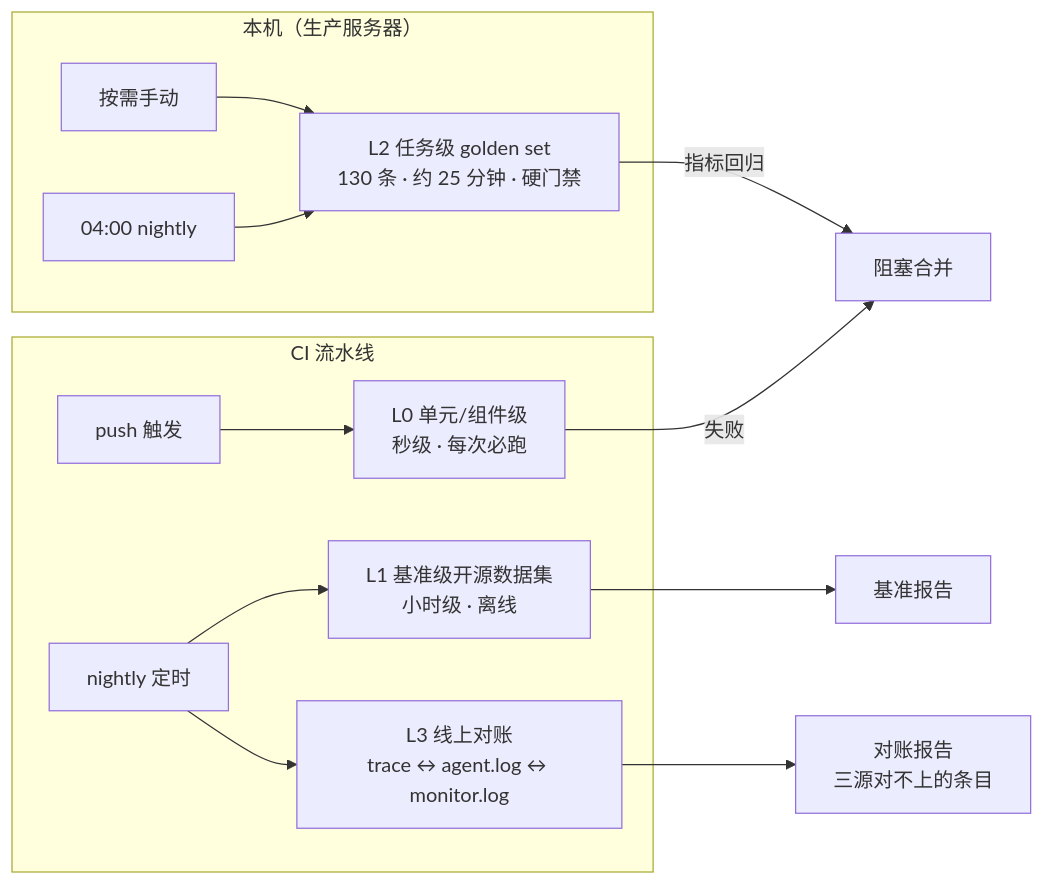
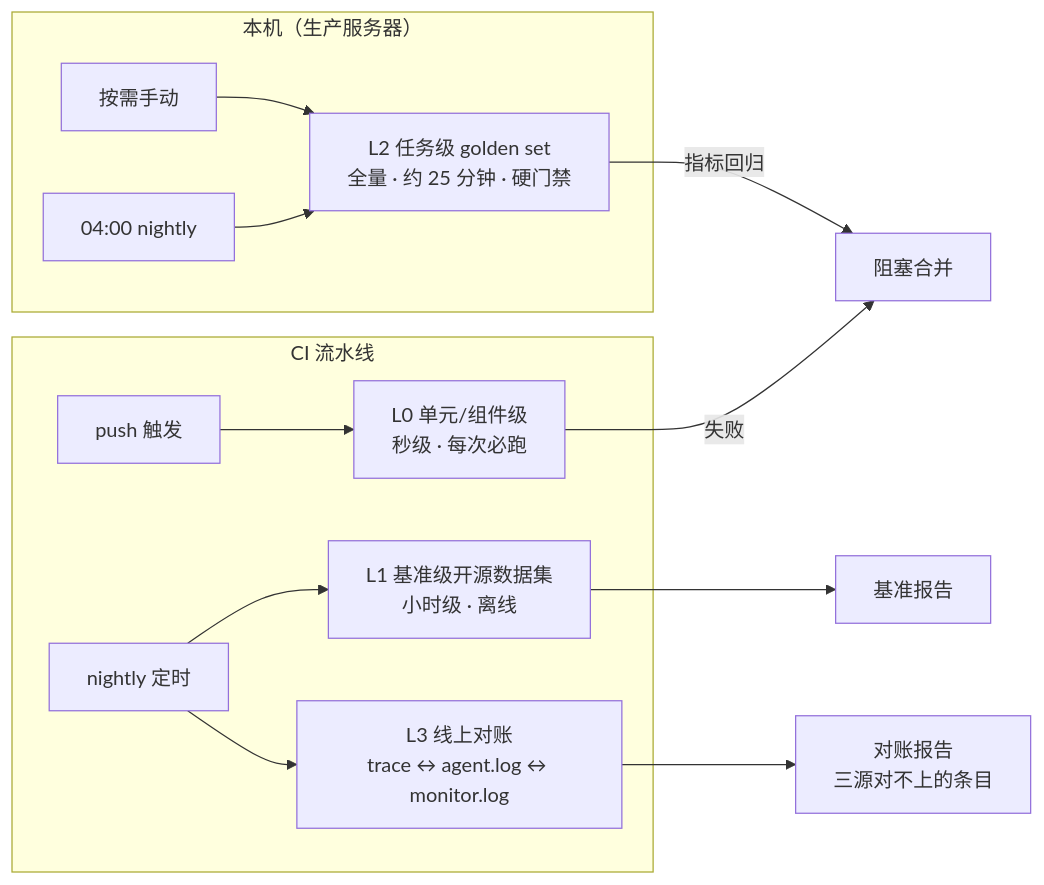
One commit to BigLeopardCat/saudade-blog-agent changed the first of 2 diagrams in docs/eval-observability.md. Above: the diagram before and after it, drawn with Mermaid. The commit also changed other lines of this file and 1 other file, not shown here.

Commit message:
docs 里的规模数改成不写死、以清单为准
- agent-architecture.md 目录树的行数（graph.py 9729 行等）与前端子模块行数全部删数
- eval-observability.md 的 L0 套件数、L2 用例数改成「以 tests/run_all.py 清单为准」
- 手抄的规模数抄一次漂一次，留数就得配判据，这两个地方不值得各配一条
- 目录树里 basic.jsonl 的条数是例外：它是契约数，留下并另配判据（见后一笔）

````diff
--- a/docs/eval-observability.md
+++ b/docs/eval-observability.md
@@ -230,16 +230,16 @@
 ```mermaid
 flowchart LR
     subgraph CI[CI 流水线]
         P0[push 触发] --> L0[L0 单元/组件级<br/>秒级 · 每次必跑]
         N[nightly 定时] --> L1[L1 基准级开源数据集<br/>小时级 · 离线]
         N --> L3[L3 线上对账<br/>trace ↔ agent.log ↔ monitor.log]
     end
     subgraph LOCAL[本机（生产服务器）]
-        P1[按需手动] --> L2[L2 任务级 golden set<br/>130 条 · 约 25 分钟 · 硬门禁]
+        P1[按需手动] --> L2[L2 任务级 golden set<br/>全量 · 约 25 分钟 · 硬门禁]
         N2[04:00 nightly] --> L2
     end
     L0 -->|失败| BLOCK[阻塞合并]
     L2 -->|指标回归| BLOCK
     L1 --> R1[基准报告]
     L3 --> R2[对账报告<br/>三源对不上的条目]
 ```
````
